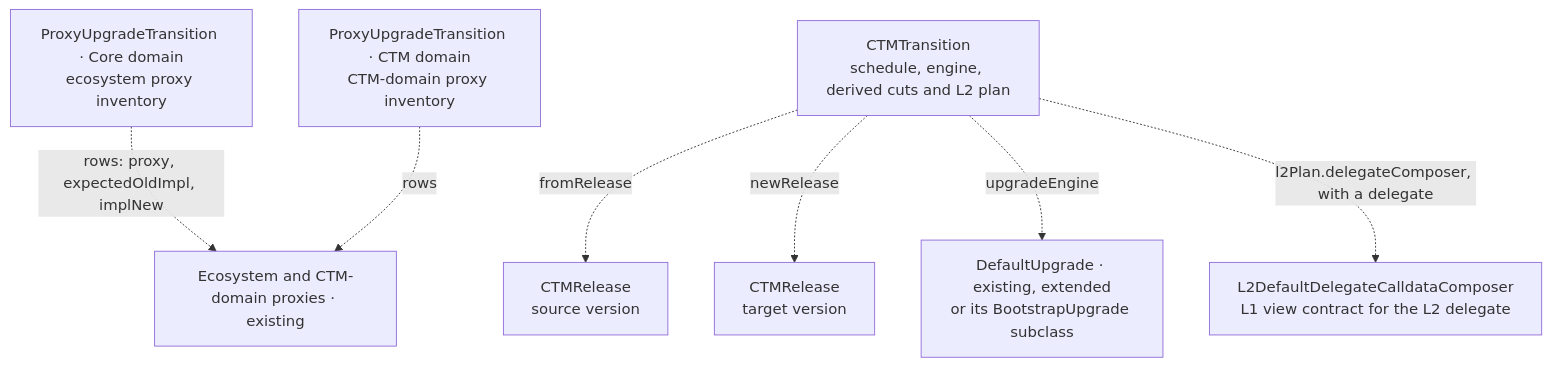
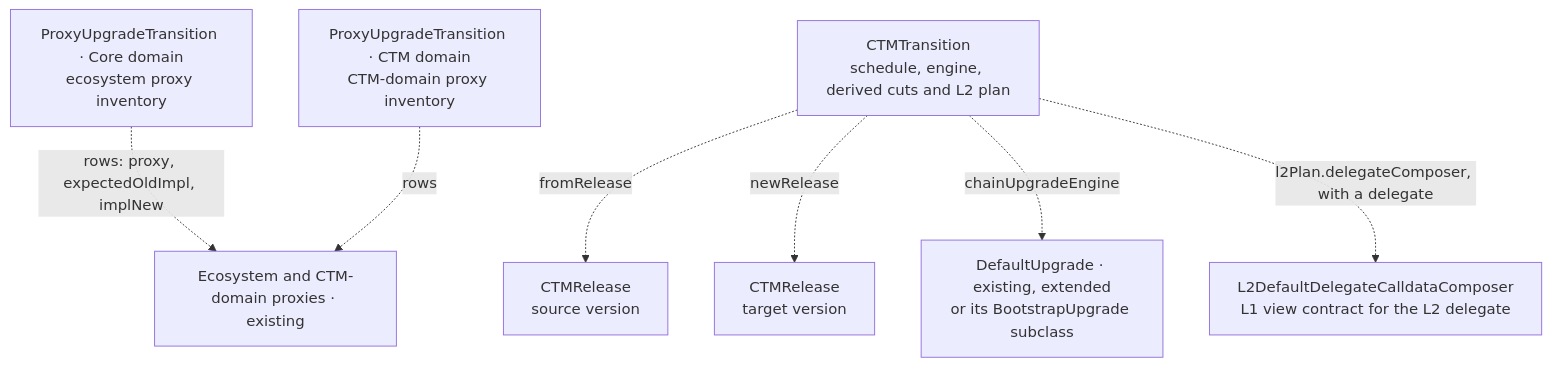
The first of 10 diagrams in docs/registry-driven-upgrades.md (matter-labs/era-contracts), drawn with Mermaid before and after one commit. The commit also changed other lines of this file and 56 other files, not shown here.

First line of the commit message:
refactor(upgrade-engine): name the two engines chainUpgradeEngine and proxyUpgradeEngine

````diff
--- a/docs/registry-driven-upgrades.md
+++ b/docs/registry-driven-upgrades.md
@@ -80,18 +80,18 @@
 ```mermaid
 flowchart TB
     CORE["ProxyUpgradeTransition · Core domain<br/>ecosystem proxy inventory"]
     INFRA["ProxyUpgradeTransition · CTM domain<br/>CTM-domain proxy inventory"]
     TRANS["CTMTransition<br/>schedule, engine, derived cuts and L2 plan"]
     PROXIES["Ecosystem and CTM-domain proxies · existing"]
     FROM["CTMRelease<br/>source version"]
     TO["CTMRelease<br/>target version"]
     ENGINE["DefaultUpgrade · existing, extended<br/>or its BootstrapUpgrade subclass"]
     COMPOSER["L2DefaultDelegateCalldataComposer<br/>L1 view contract for the L2 delegate"]
 
     CORE -.->|"rows: proxy, expectedOldImpl, implNew"| PROXIES
     INFRA -.->|"rows"| PROXIES
     TRANS -.->|"fromRelease"| FROM
     TRANS -.->|"newRelease"| TO
-    TRANS -.->|"upgradeEngine"| ENGINE
+    TRANS -.->|"chainUpgradeEngine"| ENGINE
     TRANS -.->|"l2Plan.delegateComposer, with a delegate"| COMPOSER
 ```
````
